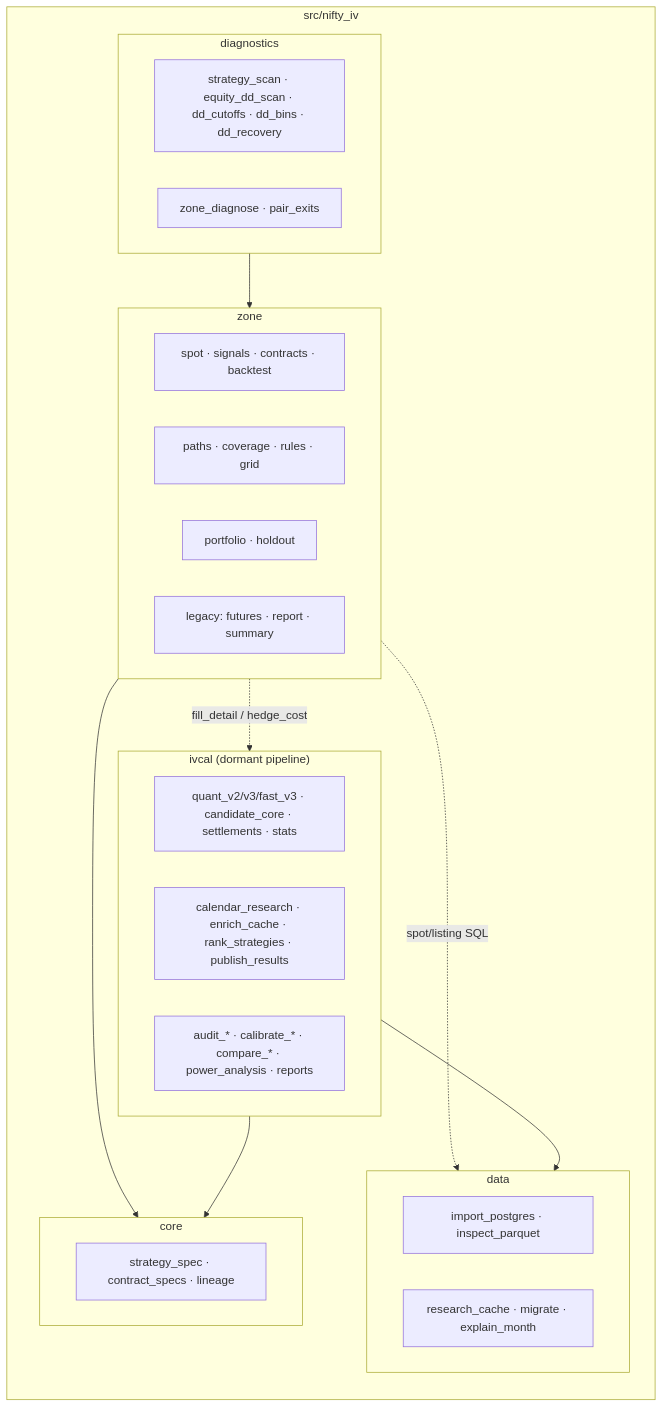
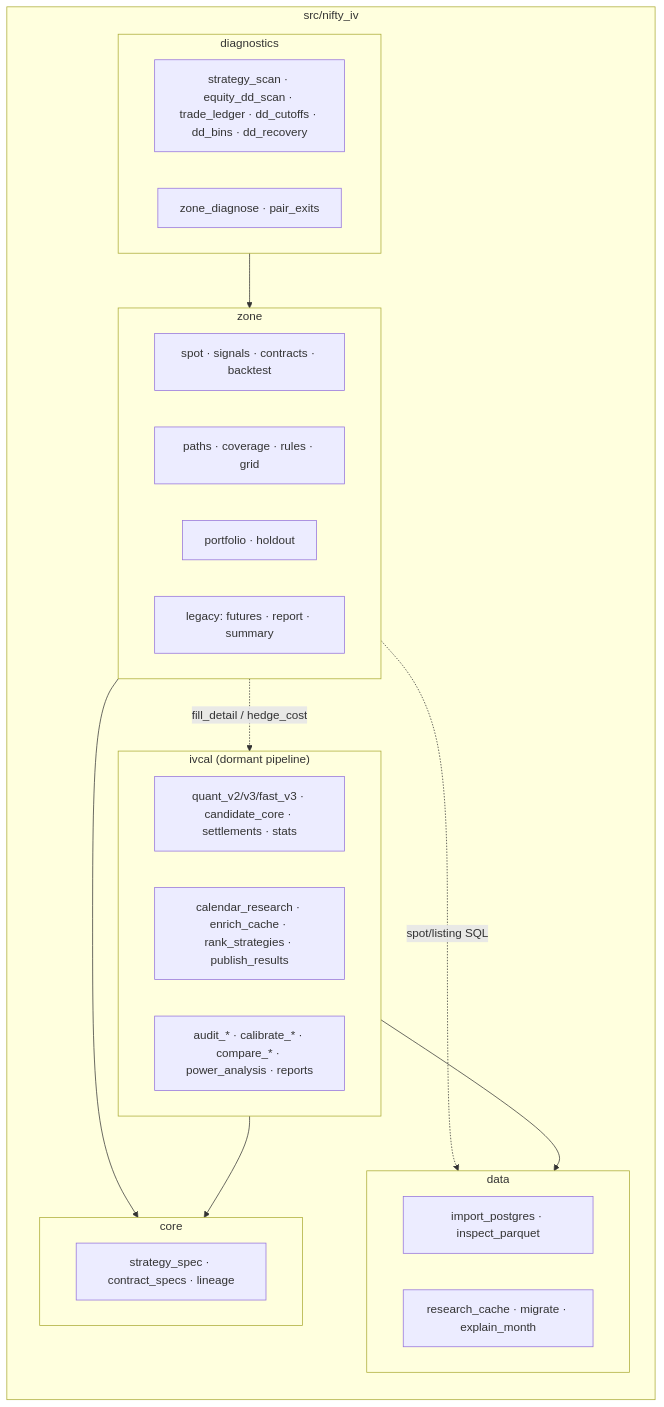
Diagram 13 of 14 in README.md (UBags/NIFTY_IV_RESEARCH), drawn with Mermaid before and after one commit. The commit also changed other lines of this file and 4 other files, not shown here.

First line of the commit message:
Add nifty-diag-trade-ledger: per-trade fills, slippage, charges, margin and interest

````diff
--- a/README.md
+++ b/README.md
@@ -482,34 +484,34 @@
 ```mermaid
 flowchart LR
     subgraph PKG["src/nifty_iv"]
         direction TB
         subgraph CORE["core"]
             c1[strategy_spec · contract_specs · lineage]
         end
         subgraph DATA["data"]
             d1[import_postgres · inspect_parquet]
             d2[research_cache · migrate · explain_month]
         end
         subgraph ZONE["zone"]
             z1[spot · signals · contracts · backtest]
             z2[paths · coverage · rules · grid]
             z3[portfolio · holdout]
             z4[legacy: futures · report · summary]
         end
         subgraph DIAG["diagnostics"]
-            g1[strategy_scan · equity_dd_scan · dd_cutoffs · dd_bins · dd_recovery]
+            g1[strategy_scan · equity_dd_scan · trade_ledger · dd_cutoffs · dd_bins · dd_recovery]
             g2[zone_diagnose · pair_exits]
         end
         subgraph IV["ivcal (dormant pipeline)"]
             i1[quant_v2/v3/fast_v3 · candidate_core · settlements · stats]
             i2[calendar_research · enrich_cache · rank_strategies · publish_results]
             i3[audit_* · calibrate_* · compare_* · power_analysis · reports]
         end
     end
     ZONE --> CORE
     ZONE -. spot/listing SQL .-> DATA
     ZONE -. fill_detail / hedge_cost .-> IV
     DIAG --> ZONE
     IV --> CORE
     IV --> DATA
 ```
````
